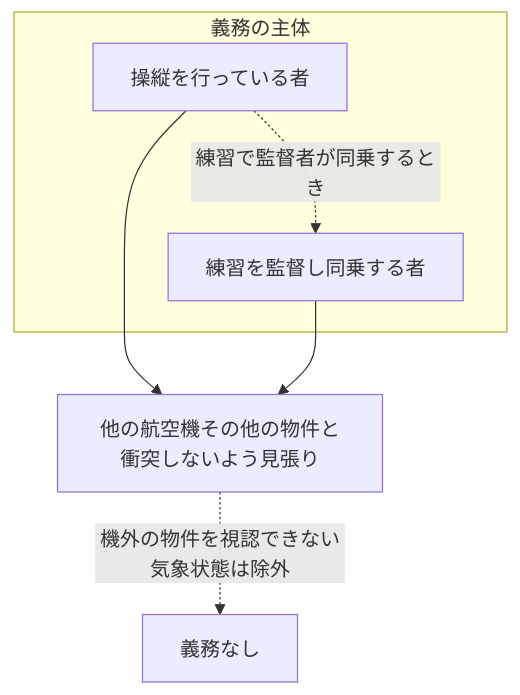
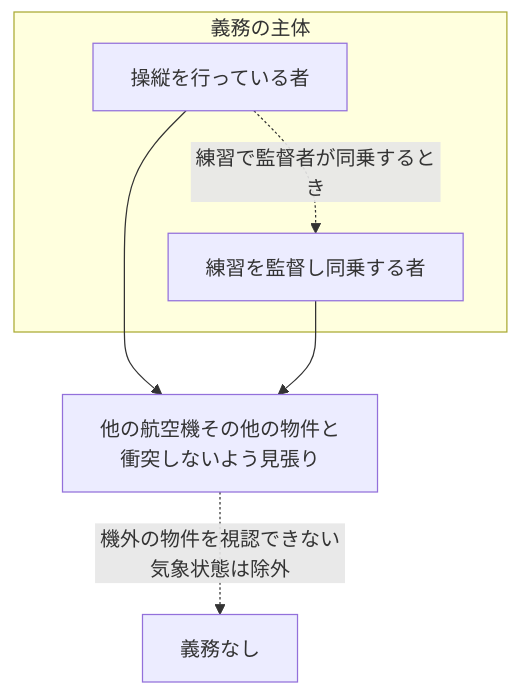
The seventh of 30 diagrams in chapters/06_第六章.md (yonemotoBB/pil), drawn with Mermaid before and after one commit. The commit also changed other lines of this file, not shown here.

````diff
--- a/chapters/06_第六章.md
+++ b/chapters/06_第六章.md
@@ -525,12 +525,12 @@
 ```mermaid
 flowchart TB
   subgraph 義務の主体
     p1["操縦を行っている者"]
     p2["練習を監督し同乗する者"]
     p1 -. 練習で監督者が同乗するとき .-> p2
   end
-  duty["他の航空機その他の物件と衝突しないよう見張り"]
+  duty["他の航空機その他の物件と<br>衝突しないよう見張り"]
   p1 --> duty
   p2 --> duty
   duty -. 機外の物件を視認できない気象状態は除外 .-> ex["義務なし"]
 ```
````
